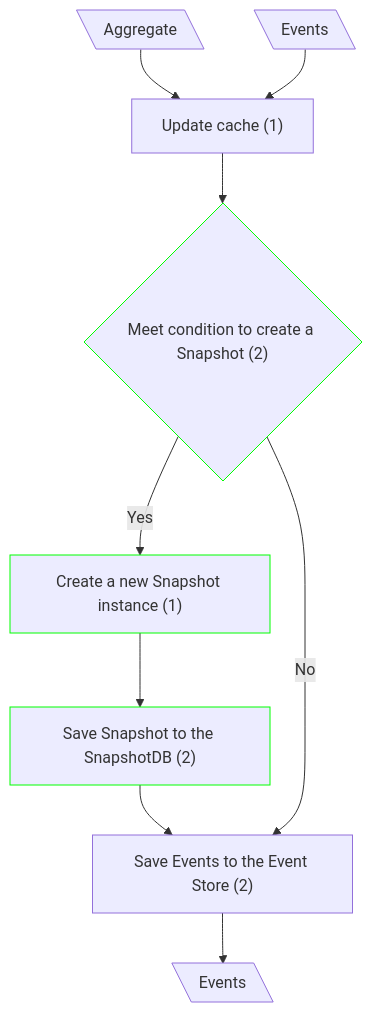
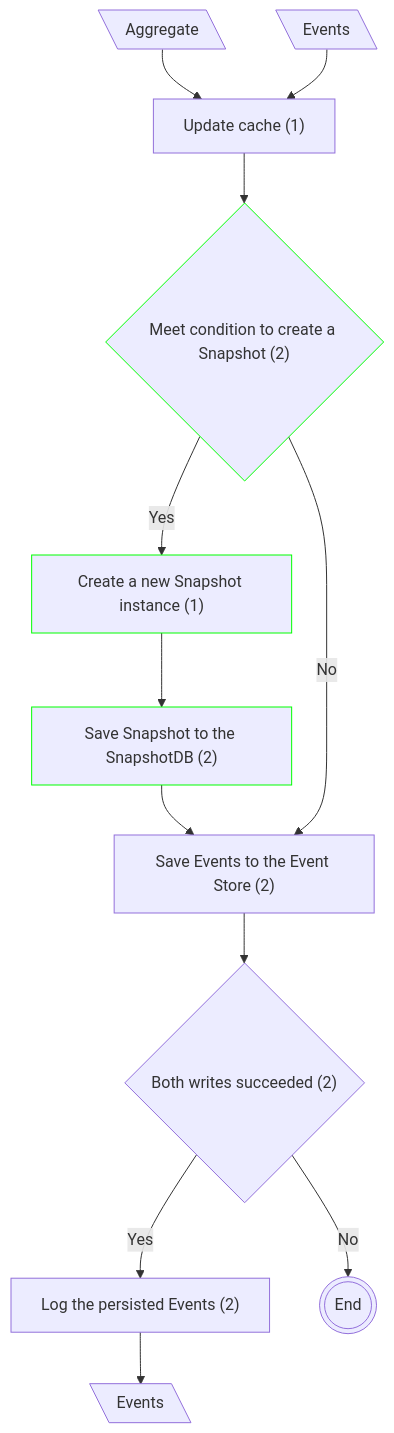
The third of 4 diagrams in docs/CF Complexity/mCQRS -> Classical CQRS/update.md (dmitryhruzin/CQRS-variations-test), drawn with Mermaid before and after one commit. The commit also changed other lines of this file and 21 other files, not shown here.

````diff
--- a/docs/CF Complexity/mCQRS -> Classical CQRS/update.md
+++ b/docs/CF Complexity/mCQRS -> Classical CQRS/update.md
@@ -54,15 +56,17 @@
 ```mermaid
 flowchart TD
   classDef mod stroke:#0f0
   A1@{ shape: lean-l, label: "Aggregate" }
   A2@{ shape: lean-l, label: "Events" }
   A1 --> B["Update cache (1)"]
   A2 --> B
   B --> C{"Meet condition to create a Snapshot (2)"}:::mod
   C --Yes--> D["Create a new Snapshot instance (1)"]:::mod
   D --> E1["Save Snapshot to the SnapshotDB (2)"]:::mod
   E1 --> E2["Save Events to the Event Store (2)"]
   C --"No"--> E2
-  E2 --> F@{ shape: lean-l, label: "Events" }
-
+  E2 --> CF{"Both writes succeeded (2)"}
+  CF --Yes--> L["Log the persisted Events (2)"]
+  CF --"No"--> X@{ shape: dbl-circ, label: "End" }
+  L --> F@{ shape: lean-l, label: "Events" }
 ```
````
